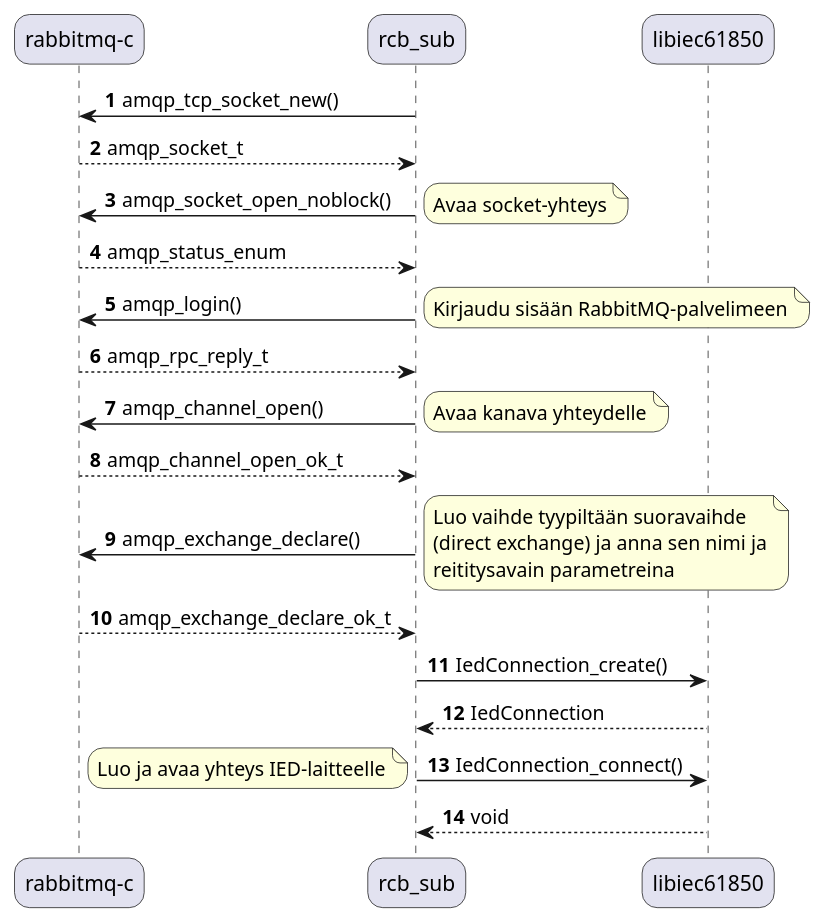
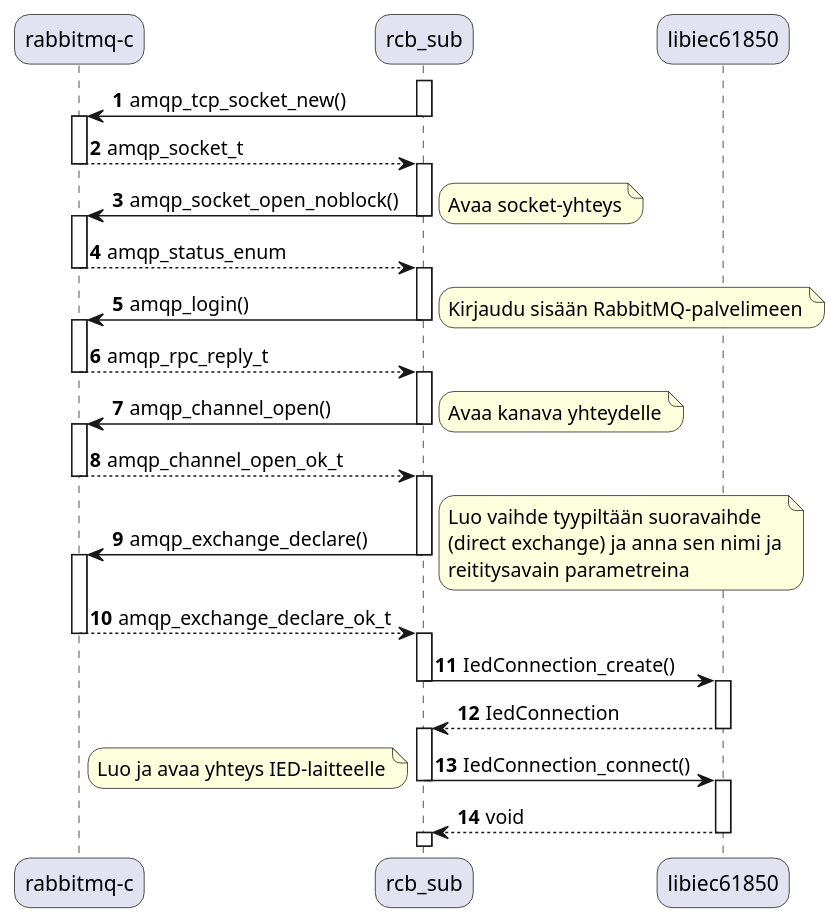
One commit to Kazhuu/tut_master_thesis changed the diagram in uml/rcb-sub-open-connections.puml. Above: the diagram before and after it, drawn with PlantUML. The commit also changed 1 other file, not shown here.

```diff
--- a/uml/rcb-sub-open-connections.puml
+++ b/uml/rcb-sub-open-connections.puml
@@ -1,41 +1,70 @@
 @startuml
 autonumber
 
 skinparam roundcorner 20
 
 participant "rabbitmq-c" as mqc
 participant "rcb_sub" as rcbsub
 participant "libiec61850" as libiec
 
+activate rcbsub
 rcbsub -> mqc : amqp_tcp_socket_new()
+deactivate rcbsub
+activate mqc
 mqc --> rcbsub : amqp_socket_t
+deactivate mqc
+activate rcbsub
 rcbsub -> mqc : amqp_socket_open_noblock()
+deactivate rcbsub
+activate mqc
 note right
 	Avaa socket-yhteys
 end note
 mqc --> rcbsub : amqp_status_enum
+deactivate mqc
+activate rcbsub
 rcbsub -> mqc : amqp_login()
+deactivate rcbsub
+activate mqc
 note right
 	Kirjaudu sisään RabbitMQ-palvelimeen
 end note
 mqc --> rcbsub : amqp_rpc_reply_t
+deactivate mqc
+activate rcbsub
 rcbsub -> mqc : amqp_channel_open()
+deactivate rcbsub
+activate mqc
 note right
 	Avaa kanava yhteydelle
 end note
 mqc --> rcbsub : amqp_channel_open_ok_t
+deactivate mqc
+activate rcbsub
 rcbsub -> mqc : amqp_exchange_declare()
+deactivate rcbsub
+activate mqc
 note right
 	Luo vaihde tyypiltään suoravaihde
 	(direct exchange) ja anna sen nimi ja
 	reititysavain parametreina
 end note
 mqc --> rcbsub : amqp_exchange_declare_ok_t
+deactivate mqc
+activate rcbsub
 rcbsub -> libiec : IedConnection_create()
+deactivate rcbsub
+activate libiec
 libiec --> rcbsub : IedConnection
+deactivate libiec
+activate rcbsub
 rcbsub -> libiec : IedConnection_connect()
+deactivate rcbsub
+activate libiec
 note left
 	Luo ja avaa yhteys IED-laitteelle
 end note
 libiec --> rcbsub : void
+deactivate libiec
+activate rcbsub
 @enduml
```
